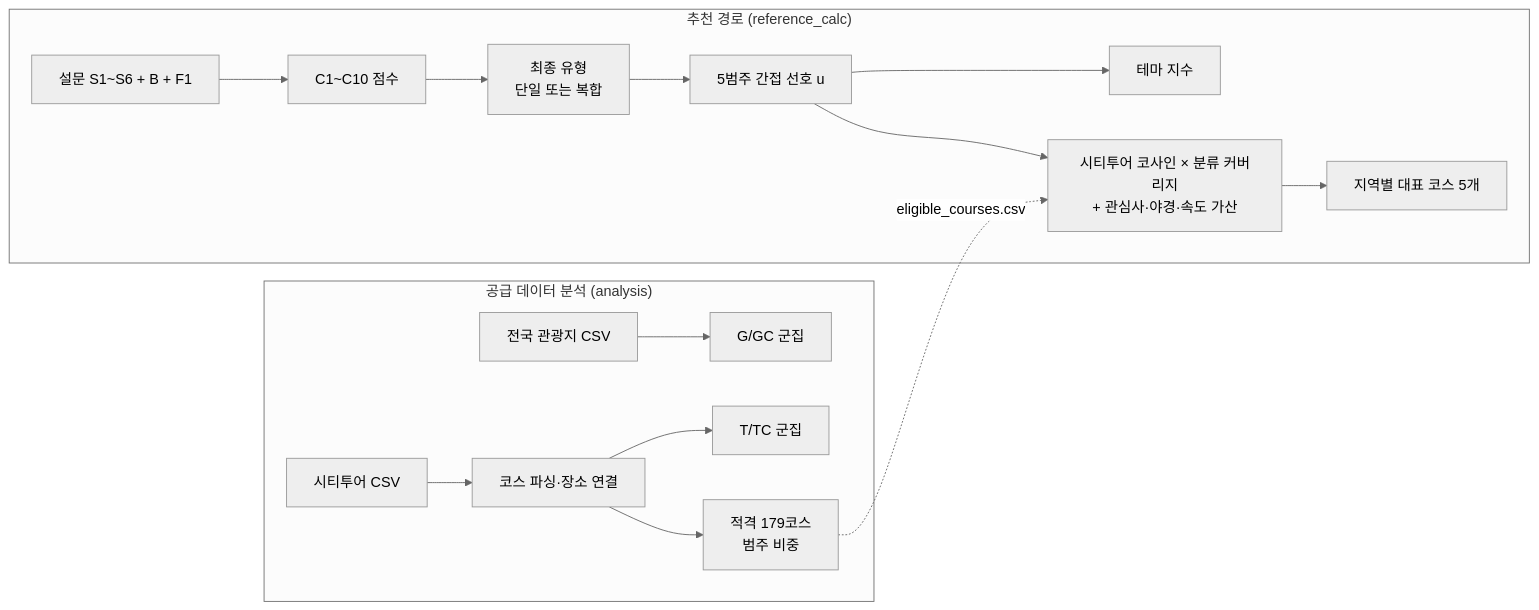
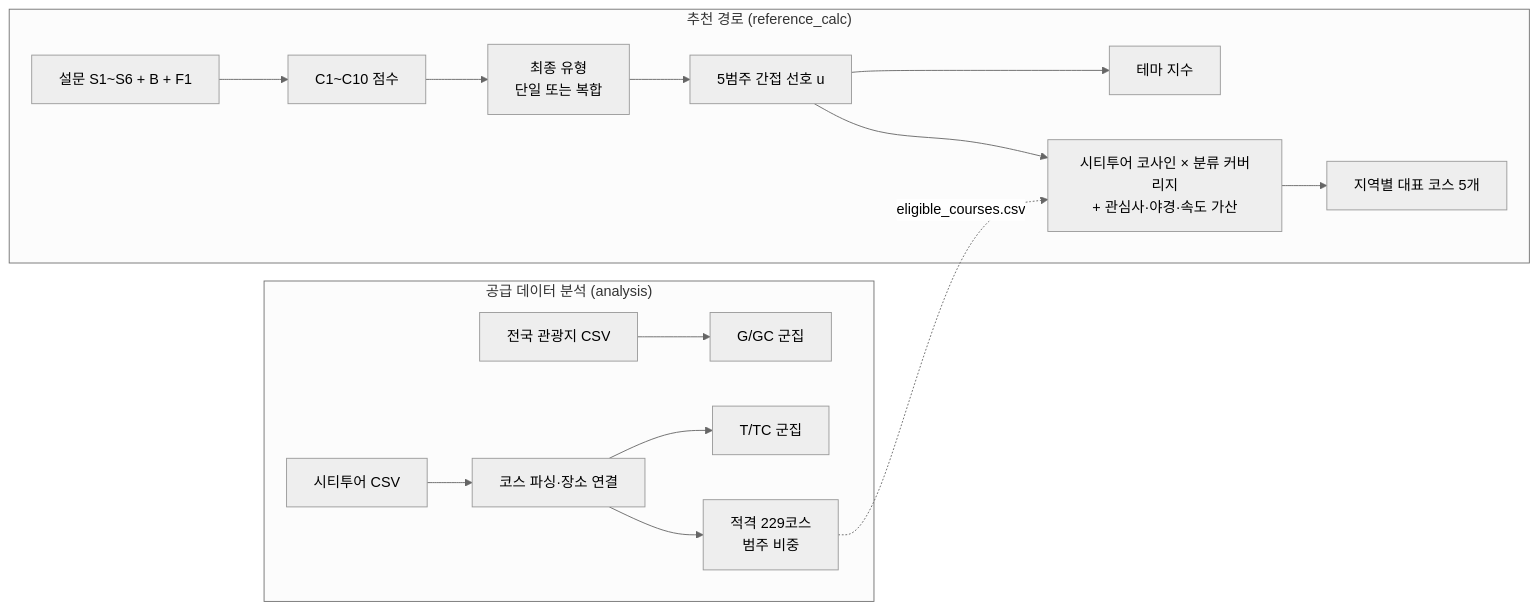
Before and after one commit to TourLabOrganization/Data-Analytics: the diagram in README.md, drawn with Mermaid (neutral theme). The commit also changed other lines of this file and 223 other files, not shown here.

````diff
--- a/README.md
+++ b/README.md
@@ -26,18 +26,18 @@
 ```mermaid
 flowchart LR
   subgraph REC["추천 경로 (reference_calc)"]
     A["설문 S1~S6 + B + F1"] --> B["C1~C10 점수"]
     B --> C["최종 유형<br/>단일 또는 복합"]
     C --> D["5범주 간접 선호 u"]
     D --> E["테마 지수"]
     D --> F["시티투어 코사인 × 분류 커버리지<br/>+ 관심사·야경·속도 가산"]
     F --> G["지역별 대표 코스 5개"]
   end
   subgraph ANA["공급 데이터 분석 (analysis)"]
     H["전국 관광지 CSV"] --> I["G/GC 군집"]
     J["시티투어 CSV"] --> K["코스 파싱·장소 연결"]
     K --> L["T/TC 군집"]
-    K --> M["적격 179코스<br/>범주 비중"]
+    K --> M["적격 229코스<br/>범주 비중"]
   end
   M -. "eligible_courses.csv" .-> F
 ```
````
